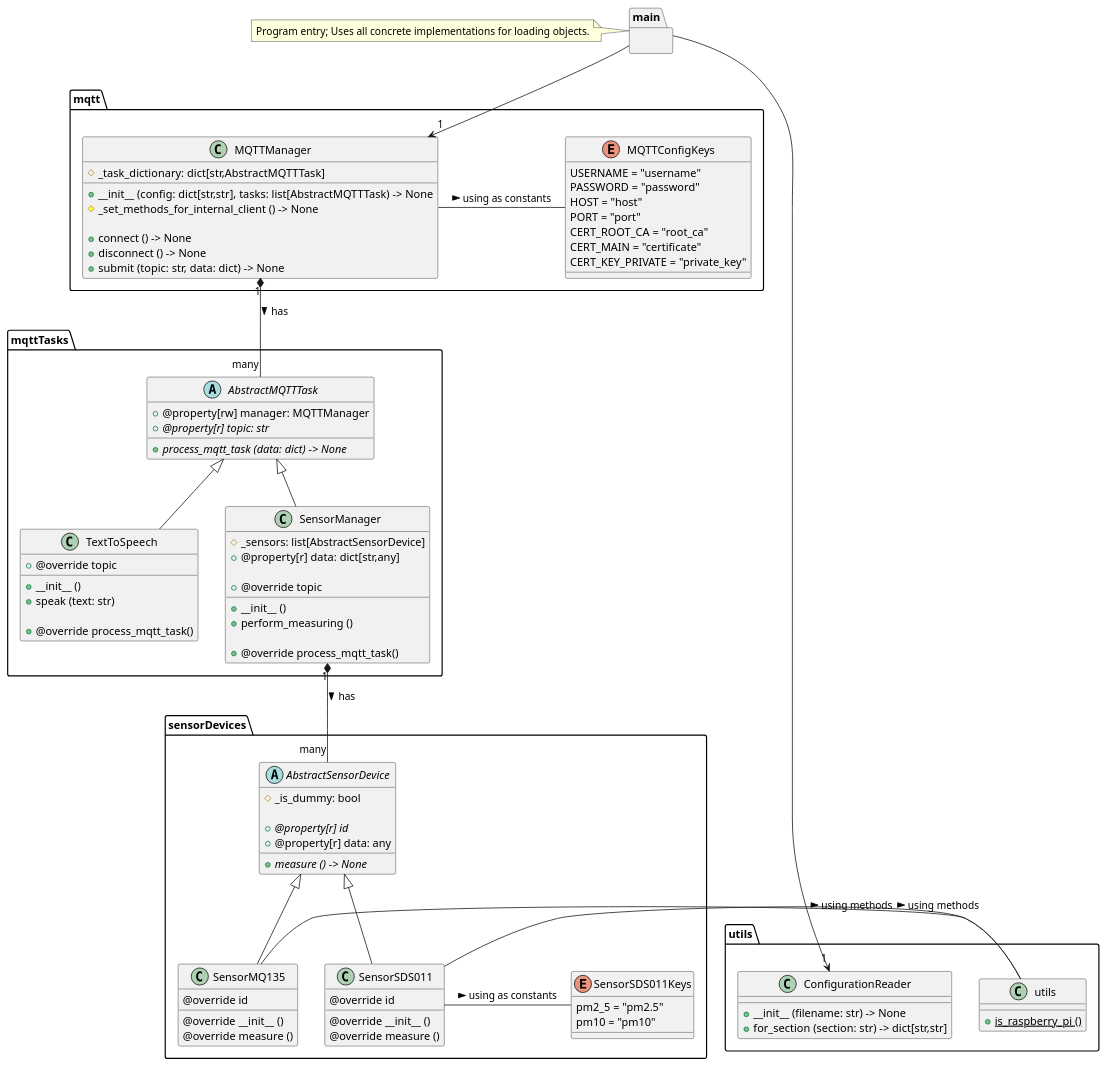
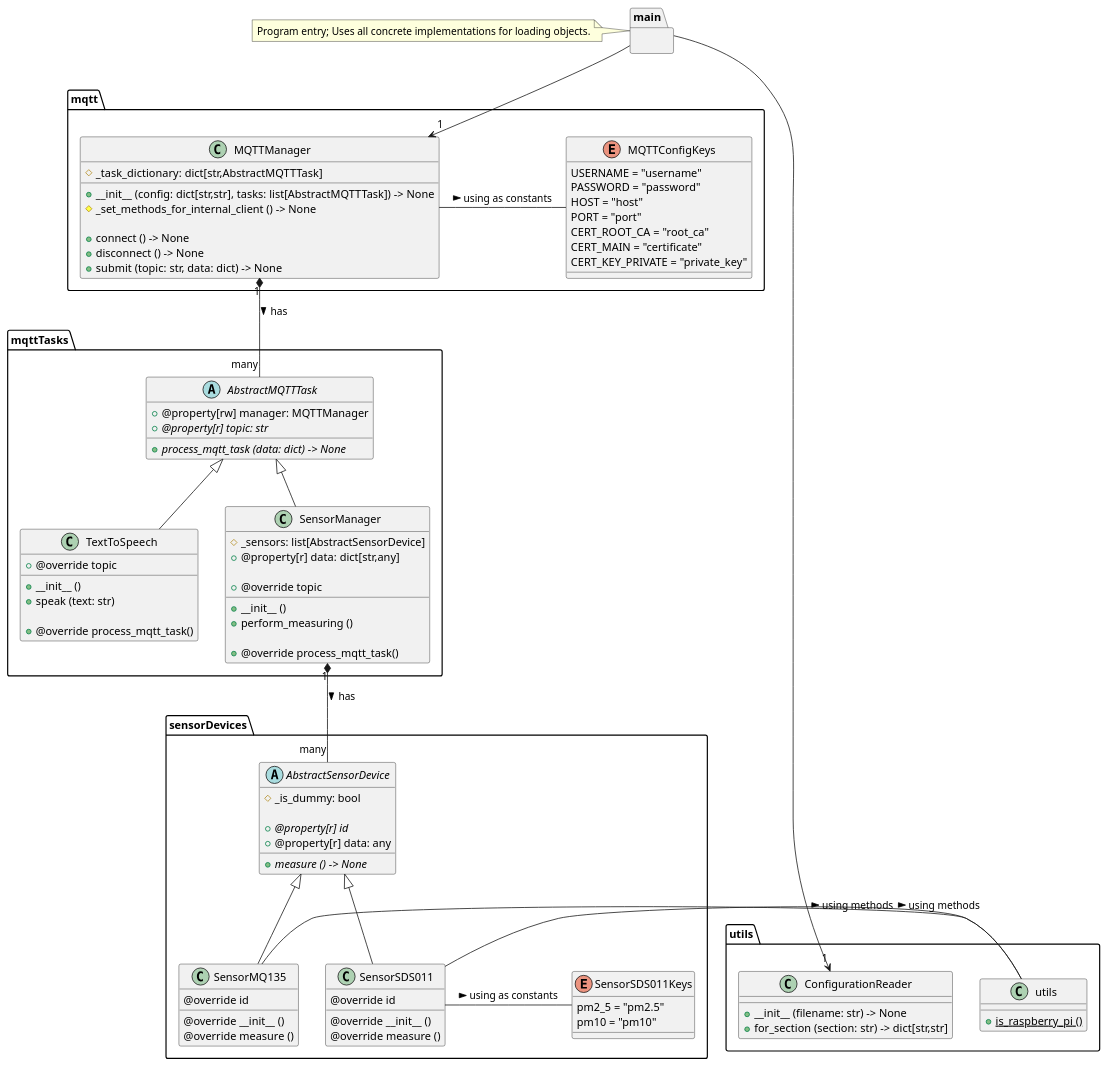
One commit to AirAlert-WR/IoT_controller changed the diagram in classes.puml. Above: the diagram before and after it, drawn with PlantUML. The commit also changed 5 other files, not shown here.

```diff
--- a/classes.puml
+++ b/classes.puml
@@ -1,116 +1,116 @@
 @startuml
 'https://plantuml.com/class-diagram
 
 
 package utils {
     class ConfigurationReader {
         + __init__ (filename: str) -> None
         + for_section (section: str) -> dict[str,str]
     }
 
     class utils {
         + {static} is_raspberry_pi ()
     }
 }
 
 package sensorDevices {
     abstract class AbstractSensorDevice {
         # _is_dummy: bool
 
         + @property[r] {abstract} id
         + @property[r] data: any
 
         + {abstract} measure () -> None
     }
 
     class SensorMQ135 {
         @override id
 
         @override __init__ ()
         @override measure ()
     }
     AbstractSensorDevice <|-- SensorMQ135
     SensorMQ135 - utils.utils: using methods >
 
     class SensorSDS011 {
         @override id
 
         @override __init__ ()
         @override measure ()
     }
     AbstractSensorDevice <|-- SensorSDS011
     SensorSDS011 - utils.utils: using methods >
 
     enum SensorSDS011Keys {
         pm2_5 = "pm2.5"
         pm10 = "pm10"
     }
     SensorSDS011 - SensorSDS011Keys: using as constants >
 }
 
 package mqttTasks {
     abstract class AbstractMQTTTask {
         + @property[rw] manager: MQTTManager
         + @property[r] {abstract} topic: str
 
         + {abstract} process_mqtt_task (data: dict) -> None
     }
 
     class TextToSpeech {
         + @override topic
 
         + __init__ ()
         + speak (text: str)
 
         + @override process_mqtt_task()
     }
     AbstractMQTTTask <|-- TextToSpeech
 
     class SensorManager {
         # _sensors: list[AbstractSensorDevice]
         + @property[r] data: dict[str,any]
 
         + @override topic
 
         + __init__ ()
         + perform_measuring ()
 
         + @override process_mqtt_task()
     }
     AbstractMQTTTask <|-- SensorManager
 }
 mqttTasks.SensorManager "1" *-- "many" sensorDevices.AbstractSensorDevice : has >
 
 package mqtt {
     class MQTTManager {
         # _task_dictionary: dict[str,AbstractMQTTTask]
 
-        + __init__ (config: dict[str,str], tasks: list[AbstractMQTTTask) -> None
+        + __init__ (config: dict[str,str], tasks: list[AbstractMQTTTask]) -> None
         # _set_methods_for_internal_client () -> None
 
         + connect () -> None
         + disconnect () -> None
         + submit (topic: str, data: dict) -> None
     }
 
     enum MQTTConfigKeys {
         USERNAME = "username"
         PASSWORD = "password"
         HOST = "host"
         PORT = "port"
         CERT_ROOT_CA = "root_ca"
         CERT_MAIN = "certificate"
         CERT_KEY_PRIVATE = "private_key"
     }
     MQTTManager - MQTTConfigKeys: using as constants >
 }
 mqtt.MQTTManager "1" *-- "many" mqttTasks.AbstractMQTTTask : has >
 
 package main {
 
 }
 note left of main: Program entry; Uses all concrete implementations for loading objects.
 main --> "1" utils.ConfigurationReader
 main --> "1" mqtt.MQTTManager
 
 @enduml
```
